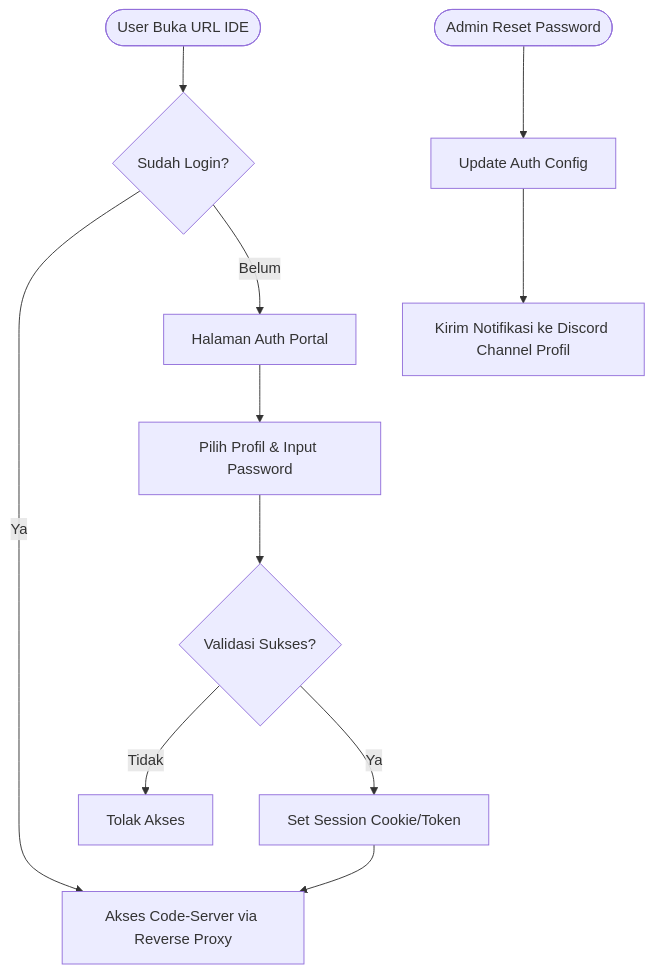
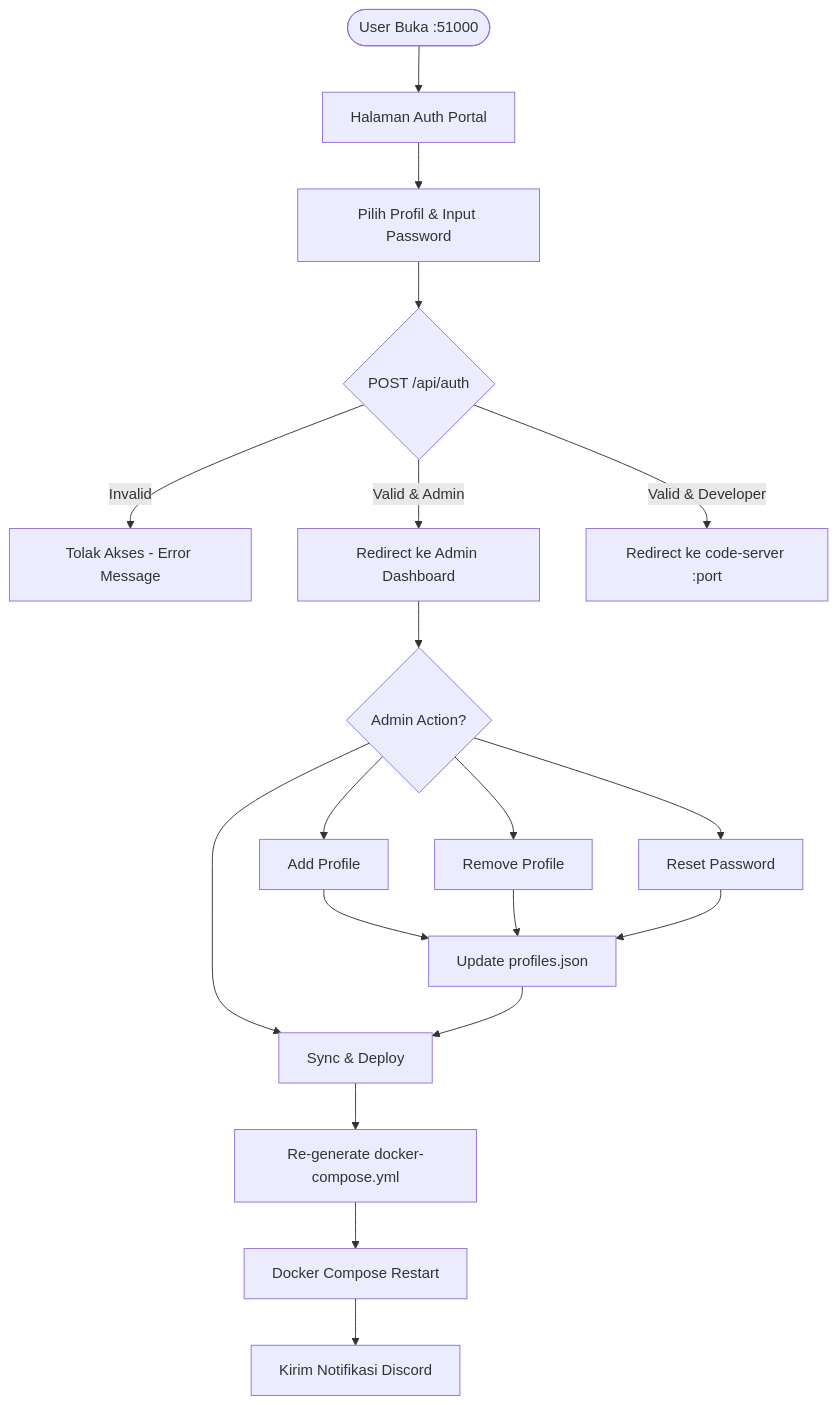
One commit to riod94/hermes-ide changed the second of 2 diagrams in PRD.md. Above: the diagram before and after it, drawn with Mermaid. The commit also changed other lines of this file, not shown here.

Commit message:
docs: update PRD — Auth Portal as fullstack master dashboard, remove Traefik, auto port allocation abjad

````diff
--- a/PRD.md
+++ b/PRD.md
@@ -85,14 +125,21 @@
 ```mermaid
 flowchart TD
-    Start([User Buka URL IDE]) --> A{Sudah Login?}
-    A -- Ya --> B[Akses Code-Server via Reverse Proxy]
-    A -- Belum --> C[Halaman Auth Portal]
-    C --> D[Pilih Profil & Input Password]
-    D --> E{Validasi Sukses?}
-    E -- Tidak --> F[Tolak Akses]
-    E -- Ya --> G[Set Session Cookie/Token]
-    G --> B
+    Start([User Buka :51000]) --> A[Halaman Auth Portal]
+    A --> B[Pilih Profil & Input Password]
+    B --> C{POST /api/auth}
+    C -- Invalid --> D[Tolak Akses - Error Message]
+    C -- Valid & Admin --> E[Redirect ke Admin Dashboard]
+    C -- Valid & Developer --> F[Redirect ke code-server :port]
     
-    H([Admin Reset Password]) --> I[Update Auth Config]
-    I --> J[Kirim Notifikasi ke Discord Channel Profil]
+    E --> G{Admin Action?}
+    G --> H[Add Profile]
+    G --> I[Remove Profile]
+    G --> J[Reset Password]
+    G --> K[Sync & Deploy]
+    
+    H & I & J --> L[Update profiles.json]
+    L --> K
+    K --> M[Re-generate docker-compose.yml]
+    M --> N[Docker Compose Restart]
+    N --> O[Kirim Notifikasi Discord]
 ```
````
